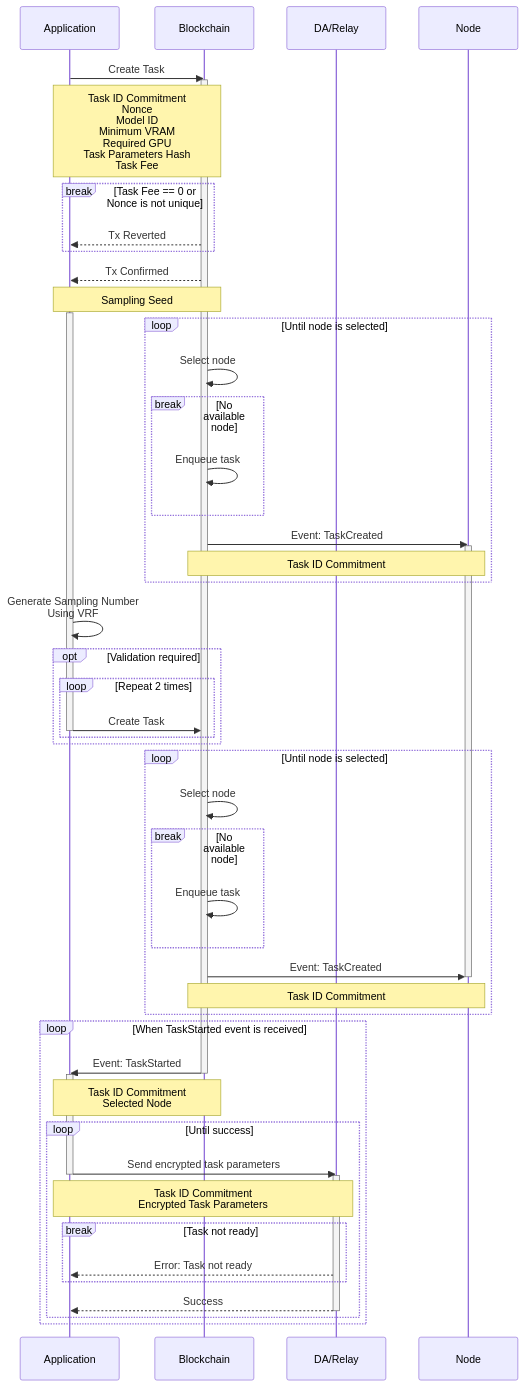
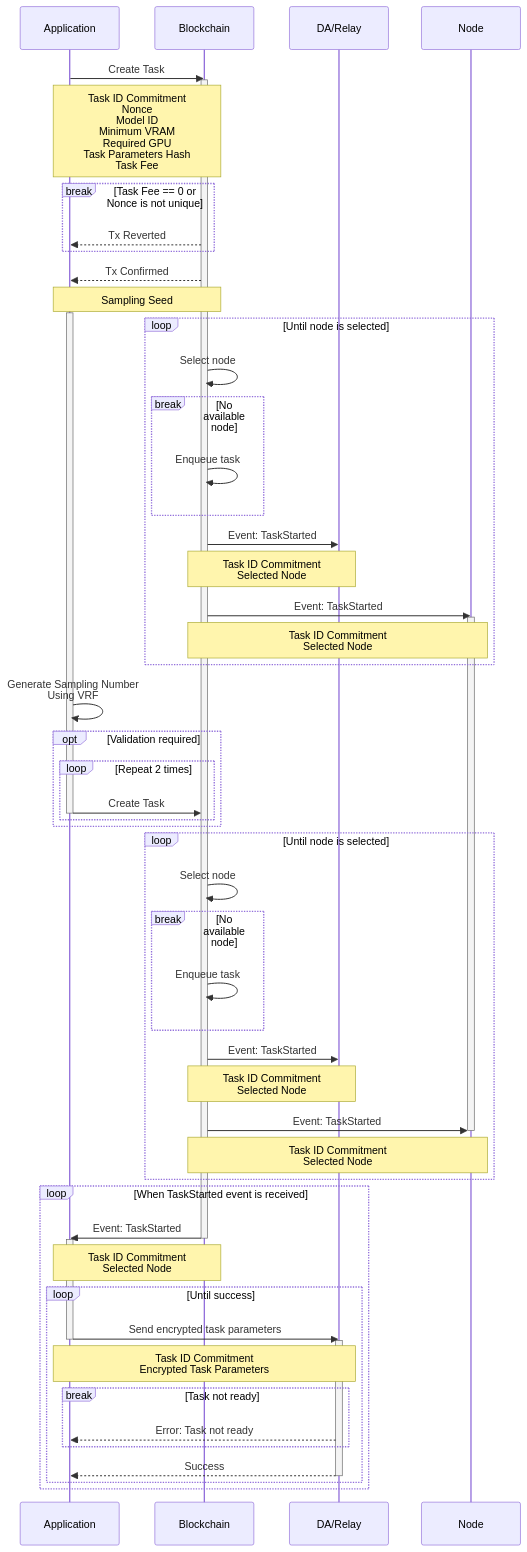
The first of 2 diagrams in gitbook/system-design/task-lifecycle.md (crynux-ai/documentation), drawn with Mermaid before and after one commit.

Commit message:
GITBOOK-266: No subject

````diff
--- a/gitbook/system-design/task-lifecycle.md
+++ b/gitbook/system-design/task-lifecycle.md
@@ -17,70 +17,78 @@
 ```mermaid
 sequenceDiagram
     Participant A as Application
     Participant B as Blockchain
     Participant R as DA/Relay
     Participant N as Node
 
     A ->> B: Create Task
     activate B
     Note over A,B: Task ID Commitment<br/>Nonce<br/>Model ID<br/>Minimum VRAM<br/>Required GPU<br/>Task Parameters Hash<br/>Task Fee
 
     break Task Fee == 0 or Nonce is not unique
         B -->> A: Tx Reverted
     end
     
     B -->> A: Tx Confirmed
     Note over A,B: Sampling Seed
     activate A
     
     loop Until node is selected
         B ->> B: Select node
         break No available node
             B ->> B: Enqueue task
         end
-        B ->> N: Event: TaskCreated
+
+        B ->> R: Event: TaskStarted
+        Note over B,R: Task ID Commitment<br />Selected Node
+
+        B ->> N: Event: TaskStarted
         activate N
-        Note over B,N: Task ID Commitment
+        Note over B,N: Task ID Commitment<br />Selected Node
     end
 
     
     A ->> A: Generate Sampling Number<br/>Using VRF
     opt Validation required
         loop Repeat 2 times
             A ->> B: Create Task
             deactivate A
         end
     end
 
     loop Until node is selected
         B ->> B: Select node
         break No available node
             B ->> B: Enqueue task
         end
-        B ->> N: Event: TaskCreated
+
+        B ->> R: Event: TaskStarted
+        Note over B,R: Task ID Commitment<br />Selected Node
+
+        B ->> N: Event: TaskStarted
         deactivate N
-        Note over B,N: Task ID Commitment
+        Note over B,N: Task ID Commitment<br />Selected Node
         
     end
 
     loop When TaskStarted event is received
         B ->> A: Event: TaskStarted
         deactivate B
         activate A
         Note over A,B: Task ID Commitment<br/>Selected Node
         
         loop Until success
             
             A ->> R: Send encrypted task parameters
             deactivate A
             activate R
             Note over A,R: Task ID Commitment<br/>Encrypted Task Parameters
             
             break Task not ready
                 R -->> A: Error: Task not ready
             end
             R -->> A: Success
             deactivate R
         end
     end
 ```
````
